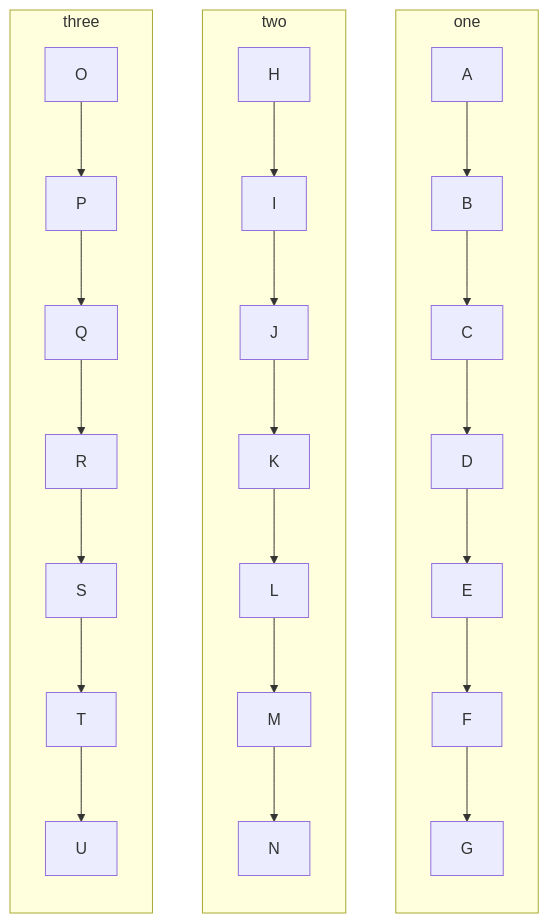
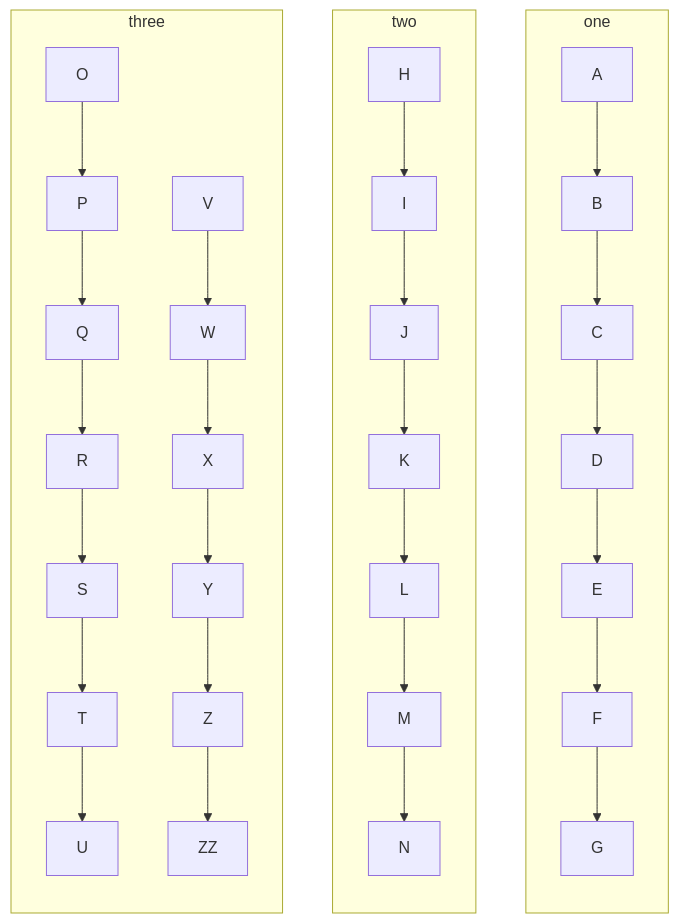
One commit to brolonium210/ENGR101_MD changed the diagram in project01FlowchartCore.md. Above: the diagram before and after it, drawn with Mermaid.

````diff
--- a/project01FlowchartCore.md
+++ b/project01FlowchartCore.md
@@ -1,31 +1,39 @@
 ```mermaid
 
 flowchart TB
 subgraph one
 direction TB
 A-->B
 B-->C
 C-->D
 D-->E
 E-->F
 F-->G
 end
 subgraph two
 direction TB 
 H-->I
 I-->J
 J-->K
 K-->L
 L-->M
 M-->N
 end
 subgraph three
 direction TB 
 O-->P
 P-->Q
 Q-->R
 R-->S
 S-->T
 T-->U
-end    
+end
+subgraph three
+direction TB 
+V-->W
+W-->X
+X-->Y
+Y-->Z
+Z-->ZZ
+end
 ```
````
